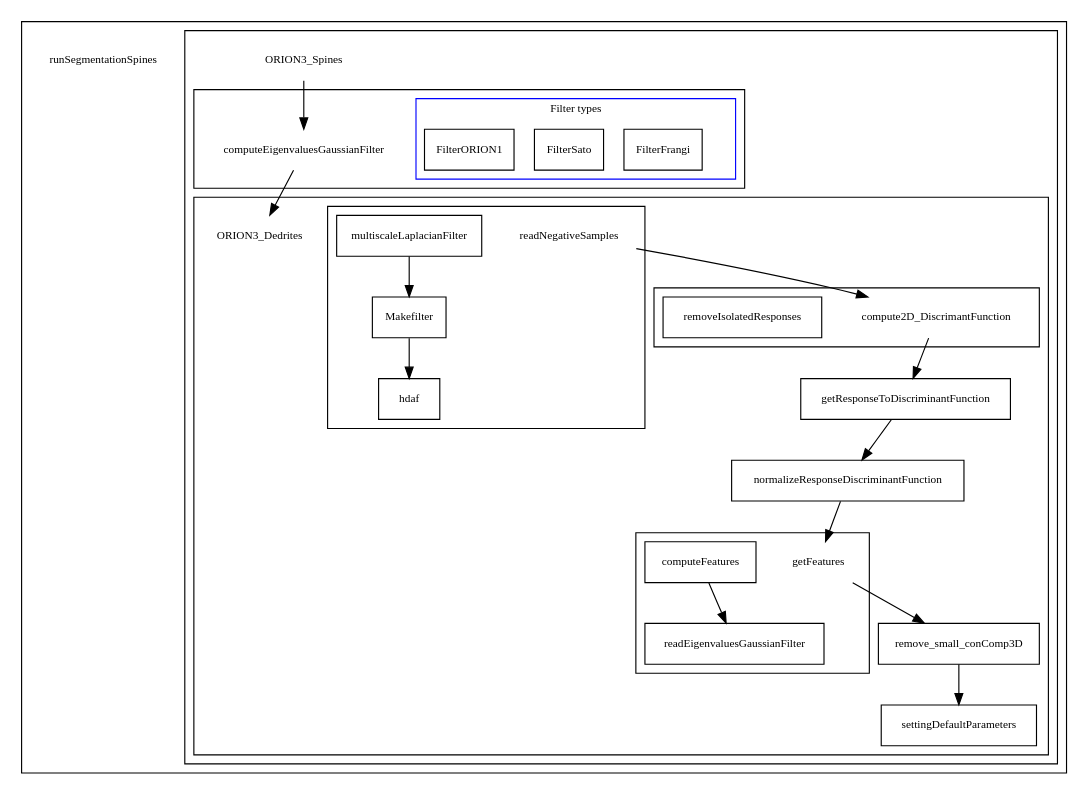
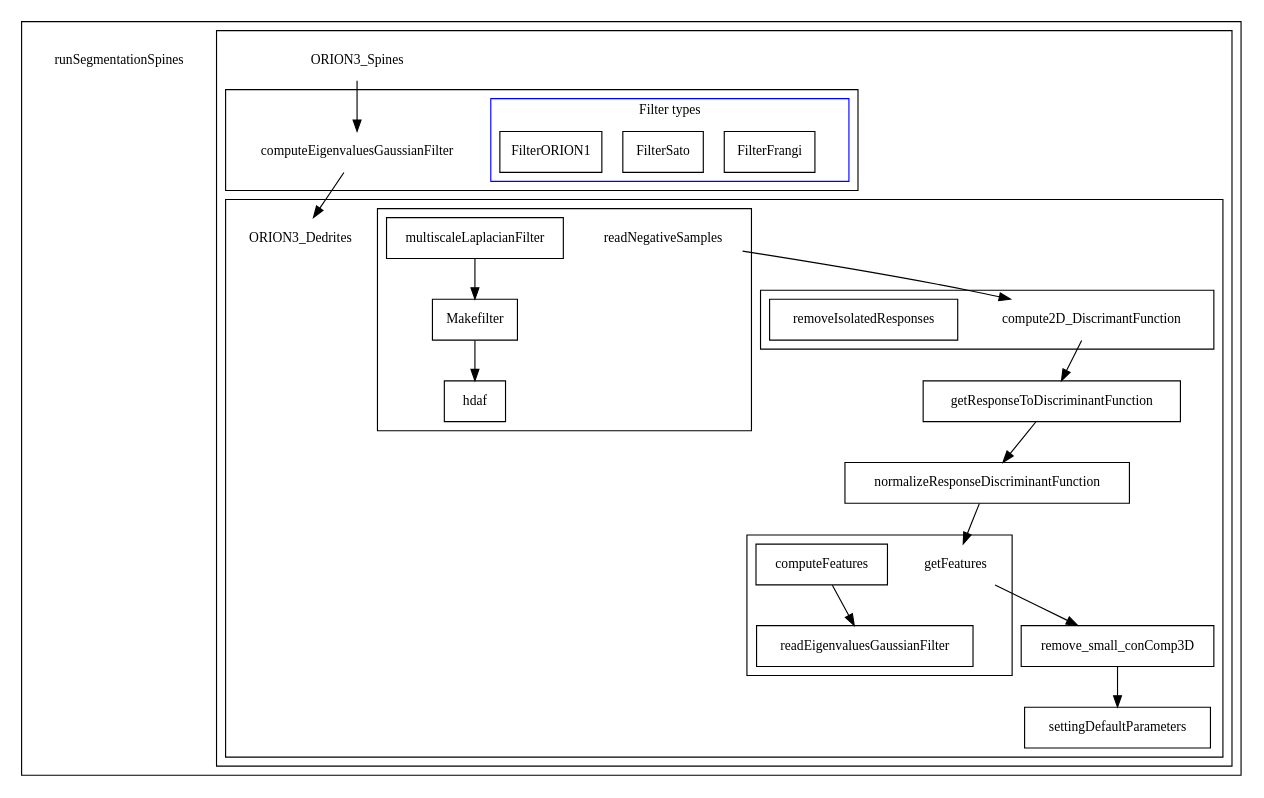
One commit to CBL-ORION/orion-zmughal-ms-thesis changed the diagram in gfx/matlab-call-graph/segmentation.dot. Above: the diagram before and after it, drawn with Graphviz. The commit also changed 8 other files, not shown here.

```diff
--- a/gfx/matlab-call-graph/segmentation.dot
+++ b/gfx/matlab-call-graph/segmentation.dot
@@ -1,71 +1,71 @@
 digraph Segmentation {
 	//rankdir = "TB";
-	graph [fontsize=10 fontname="Verdana" compound=true];
-	node [shape=rect fontsize=10 fontname="Verdana"];
+	graph [fontsize=12 fontname="Verdana" compound=true];
+	node [shape=rect fontsize=12 fontname="Verdana"];
 	//ranksep=3;
 	//ratio=auto;
 	//node [nodesep=0.2 ranksep=0.2];
 	//edge [weight=1.2];
 
 	subgraph cluster_runSegmentationSpines {
 		color = "black";
 		runSegmentationSpines [shape=none]; label = "";
 		/*computeElapsedTime*/
 		subgraph cluster_ORION3_Spines {
 			/*label = "ORION3_Spines";*/
 			ORION3_Spines -> computeEigenvaluesGaussianFilter -> ORION3_Dedrites
 			ORION3_Spines [shape=none]; label = "";
 			subgraph cluster_computeEigenvaluesGaussianFilter {
 				color = "black";
 				computeEigenvaluesGaussianFilter [shape=none]; label = "";
 				subgraph cluster_FilterTypes {
 					label = "Filter types";
 					color=blue; /* OR */
 					FilterTypes [shape=point style=invis];
 					FilterFrangi FilterSato FilterORION1
 				}
 				/*[>FilterTypes<] FilterSato -> getInfoVolume [ltail=cluster_FilterTypes]
 				getInfoVolume ->
 				num2string ->
 				RAWfromMHD ->
 				WriteRAWandMHD*/
 			}
 			subgraph cluster_ORION3_Dendrites_callees {
 				/*label = "ORION3_Dendrites";*/
 				ORION3_Dedrites [shape=none]; label = "";
 				readNegativeSamples
 					-> compute2D_DiscrimantFunction
 					-> getResponseToDiscriminantFunction
 					-> normalizeResponseDiscriminantFunction;
 				normalizeResponseDiscriminantFunction ->
 				getFeatures /*getFeatures*/
 				getFeatures -> remove_small_conComp3D;
 
 				remove_small_conComp3D ->
 					settingDefaultParameters/* ->
 					delete_RAW ->
 					[>image_MIP_gray ->
 					image_MIP_jet -><]
 					Read_CreateFolderSecondEigenvalueHessian*/
 				subgraph cluster_getFeatures {
 					color = "black";
 					getFeatures  [shape=none]; label = "";
 
 					computeFeatures -> readEigenvaluesGaussianFilter
 				}
 				subgraph cluster_readNegativeSamples {
 					color = "black";
 					readNegativeSamples [shape=none]; label = "";
 					multiscaleLaplacianFilter -> Makefilter -> hdaf
 				}
 				subgraph cluster_compute2D_DiscrimantFunction {
 					color = "black";
 					compute2D_DiscrimantFunction [shape=none]; label = "";
 					removeIsolatedResponses
 				}
 			}
 		}
 	}
 
 
 }
```
